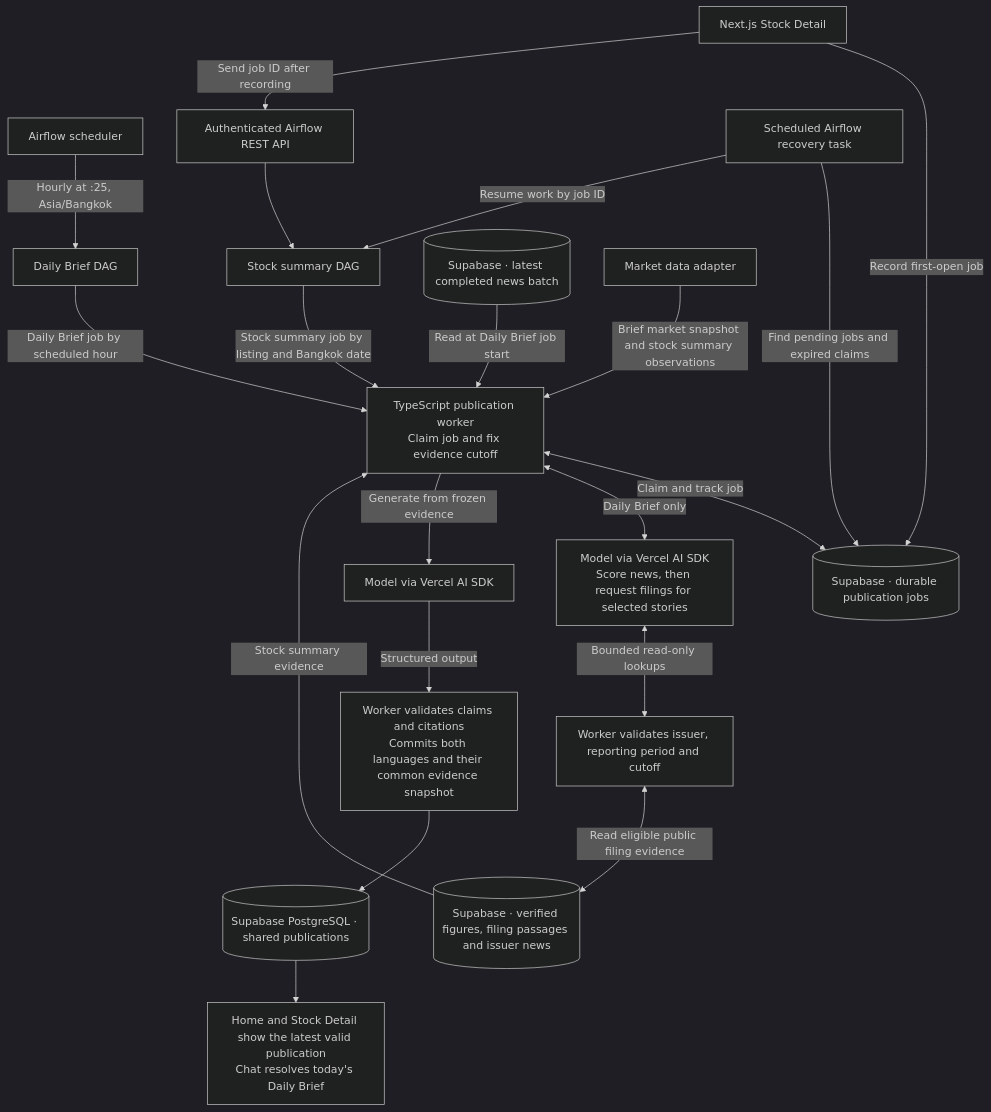
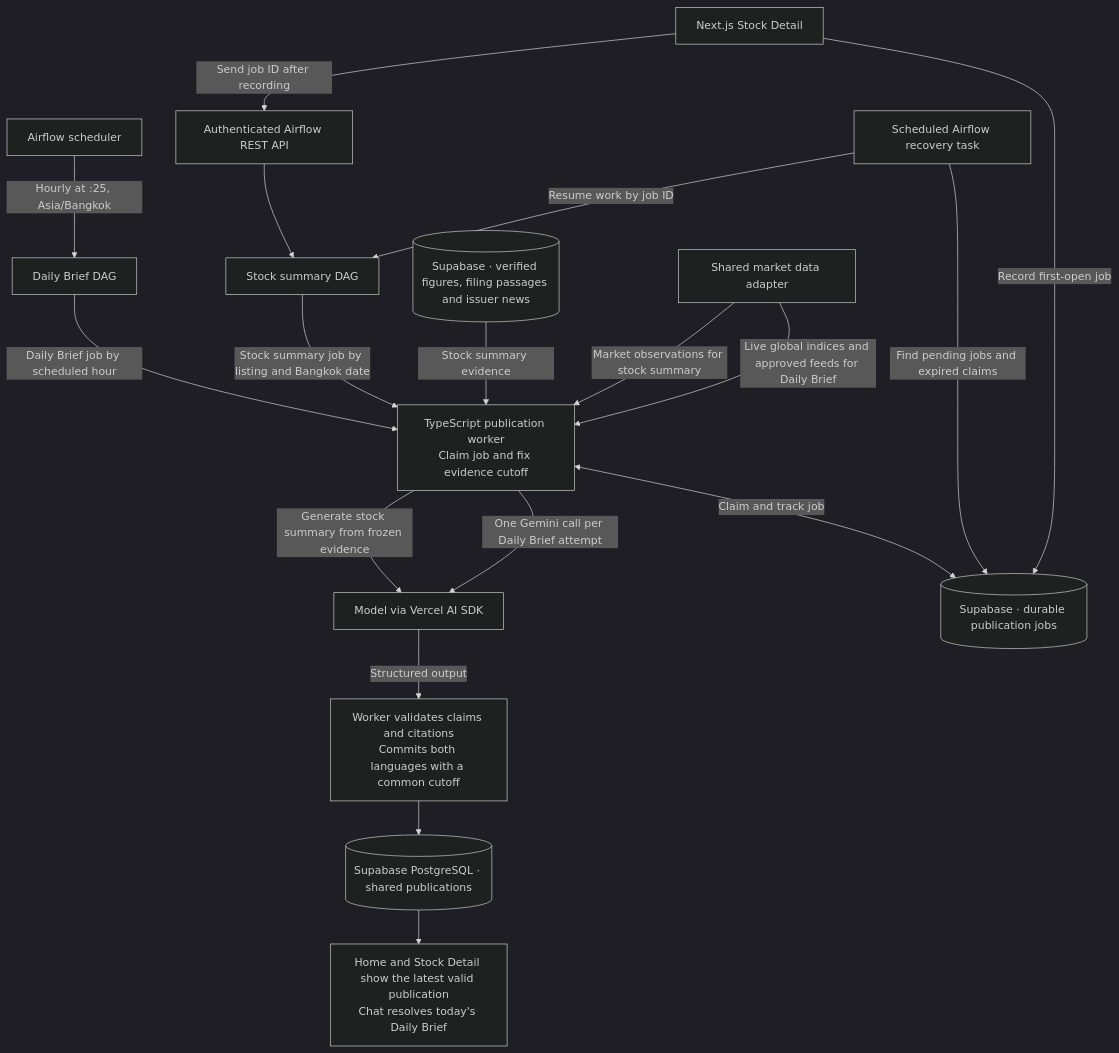
One commit to senella02/smart-financial-advisor changed the second of 4 diagrams in docs/final/backend-data-flow.md. Above: the diagram before and after it, drawn with Mermaid (dark theme). The commit also changed other lines of this file and 18 other files, not shown here.

Commit message:
docs: update Daily Brief coverage and evidence ingestion

````diff
--- a/docs/final/backend-data-flow.md
+++ b/docs/final/backend-data-flow.md
@@ -31,22 +32,20 @@
 ```mermaid
 flowchart TB
     Schedule["Airflow scheduler"] -->|"Hourly at :25, Asia/Bangkok"| Brief["Daily Brief DAG"]
     Web["Next.js Stock Detail"] -->|Record first-open job| Jobs[("Supabase · durable publication jobs")]
     Web -->|Send job ID after recording| API["Authenticated Airflow REST API"]
     API --> Summary["Stock summary DAG"]
     Sweep["Scheduled Airflow recovery task"] -->|Find pending jobs and expired claims| Jobs
     Sweep -->|Resume work by job ID| Summary
     Brief -->|Daily Brief job by scheduled hour| Worker["TypeScript publication worker<br/>Claim job and fix evidence cutoff"]
     Summary -->|Stock summary job by listing and Bangkok date| Worker
     Worker <-->|Claim and track job| Jobs
-    News[("Supabase · latest completed news batch")] -->|Read at Daily Brief job start| Worker
     Evidence[("Supabase · verified figures, filing passages and issuer news")] -->|Stock summary evidence| Worker
-    Market["Market data adapter"] -->|Brief market snapshot and stock summary observations| Worker
-    Worker <-->|Daily Brief only| Research["Model via Vercel AI SDK<br/>Score news, then request filings for selected stories"]
-    Research <-->|Bounded read-only lookups| Filing["Worker validates issuer, reporting period and cutoff"]
-    Filing <-->|Read eligible public filing evidence| Evidence
-    Worker -->|Generate from frozen evidence| Model["Model via Vercel AI SDK"]
-    Model -->|Structured output| Publish["Worker validates claims and citations<br/>Commits both languages and their common evidence snapshot"]
+    Market["Shared market data adapter"] -->|Live global indices and approved feeds for Daily Brief| Worker
+    Market -->|Market observations for stock summary| Worker
+    Worker -->|One Gemini call per Daily Brief attempt| Model["Model via Vercel AI SDK"]
+    Worker -->|Generate stock summary from frozen evidence| Model
+    Model -->|Structured output| Publish["Worker validates claims and citations<br/>Commits both languages with a common cutoff"]
     Publish --> Publications[("Supabase PostgreSQL · shared publications")]
     Publications --> Read["Home and Stock Detail show the latest valid publication<br/>Chat resolves today's Daily Brief"]
 ```
````
